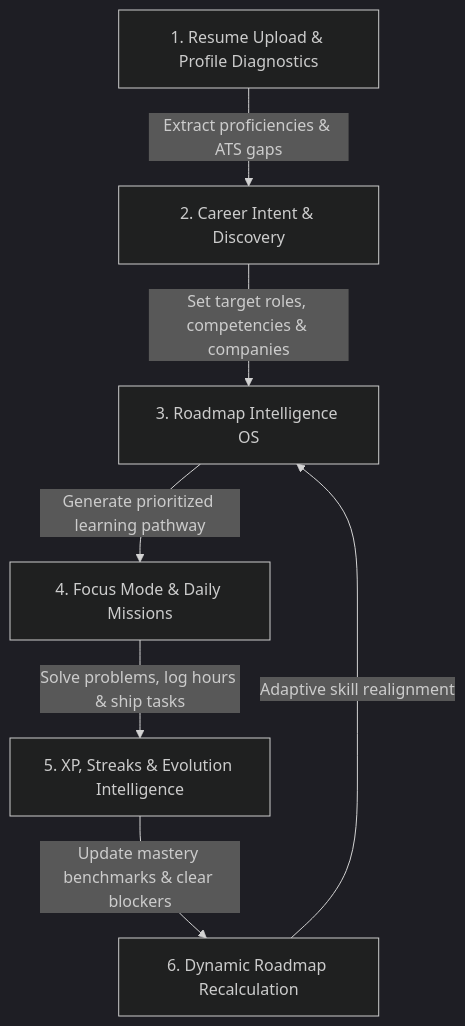
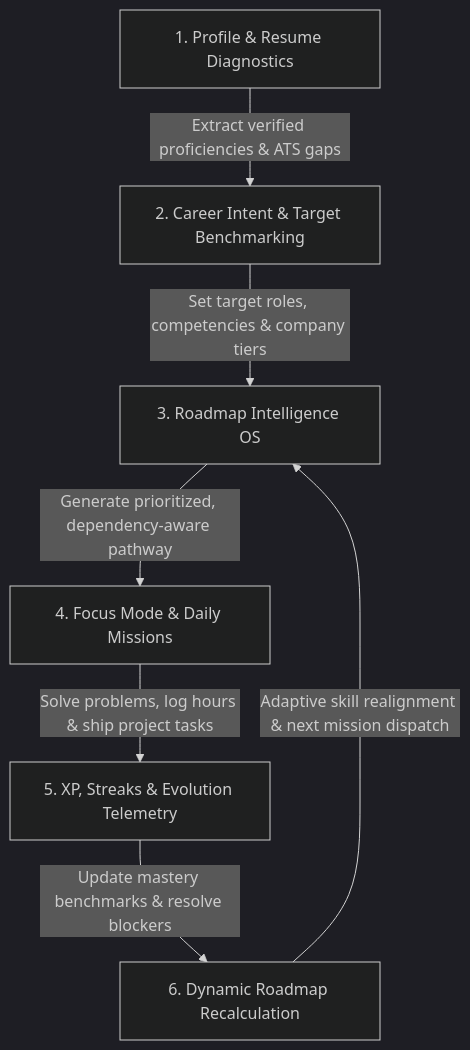
One commit to Trunal2005/DevTrack changed the first of 2 diagrams in README.md. Above: the diagram before and after it, drawn with Mermaid (dark theme). The commit also changed other lines of this file, not shown here.

````diff
--- a/README.md
+++ b/README.md
@@ -39,9 +56,9 @@
 ```mermaid
 graph TD
-    A["1. Resume Upload & Profile Diagnostics"] -->|Extract proficiencies & ATS gaps| B["2. Career Intent & Discovery"]
-    B -->|Set target roles, competencies & companies| C["3. Roadmap Intelligence OS"]
-    C -->|Generate prioritized learning pathway| D["4. Focus Mode & Daily Missions"]
-    D -->|Solve problems, log hours & ship tasks| E["5. XP, Streaks & Evolution Intelligence"]
-    E -->|Update mastery benchmarks & clear blockers| F["6. Dynamic Roadmap Recalculation"]
-    F -->|Adaptive skill realignment| C
+    A["1. Profile & Resume Diagnostics"] -->|Extract verified proficiencies & ATS gaps| B["2. Career Intent & Target Benchmarking"]
+    B -->|Set target roles, competencies & company tiers| C["3. Roadmap Intelligence OS"]
+    C -->|Generate prioritized, dependency-aware pathway| D["4. Focus Mode & Daily Missions"]
+    D -->|Solve problems, log hours & ship project tasks| E["5. XP, Streaks & Evolution Telemetry"]
+    E -->|Update mastery benchmarks & resolve blockers| F["6. Dynamic Roadmap Recalculation"]
+    F -->|Adaptive skill realignment & next mission dispatch| C
 ```
````
